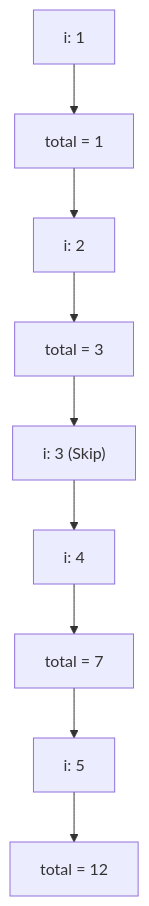
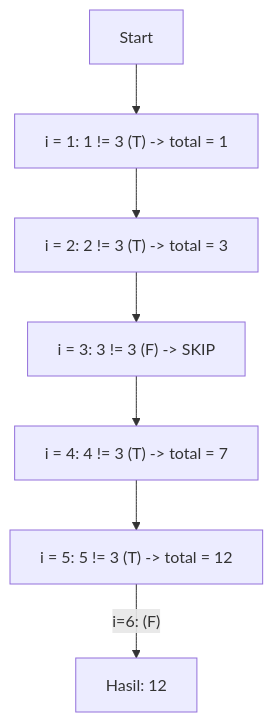
One commit to amnahwaida/OSNK_INF_PREP changed the ninth of 9 diagrams in part-c-pemahaman-cpp/03-perulangan/latihan/set-01.md. Above: the diagram before and after it, drawn with Mermaid. The commit also changed other lines of this file and 30 other files, not shown here.

Commit message:
✨ Premium Overhaul: Modul 05 (Rekursi) & 06 (Bitwise) - 100 soal baru dengan Mermaid Call Stack & Bit-Grid diagrams

````diff
--- a/part-c-pemahaman-cpp/03-perulangan/latihan/set-01.md
+++ b/part-c-pemahaman-cpp/03-perulangan/latihan/set-01.md
@@ -312,8 +338,9 @@
 ```mermaid
 graph TD
-A["i: 1"] --> B["total = 1"]
-B --> C["i: 2"] --> D["total = 3"]
-D --> E["i: 3 (Skip)"]
-E --> F["i: 4"] --> G["total = 7"]
-G --> H["i: 5"] --> I["total = 12"]
+Start --> I1["i = 1: 1 != 3 (T) -> total = 1"]
+I1 --> I2["i = 2: 2 != 3 (T) -> total = 3"]
+I2 --> I3["i = 3: 3 != 3 (F) -> SKIP"]
+I3 --> I4["i = 4: 4 != 3 (T) -> total = 7"]
+I4 --> I5["i = 5: 5 != 3 (T) -> total = 12"]
+I5 -- "i=6: (F)" --> End["Hasil: 12"]
 ```
````
